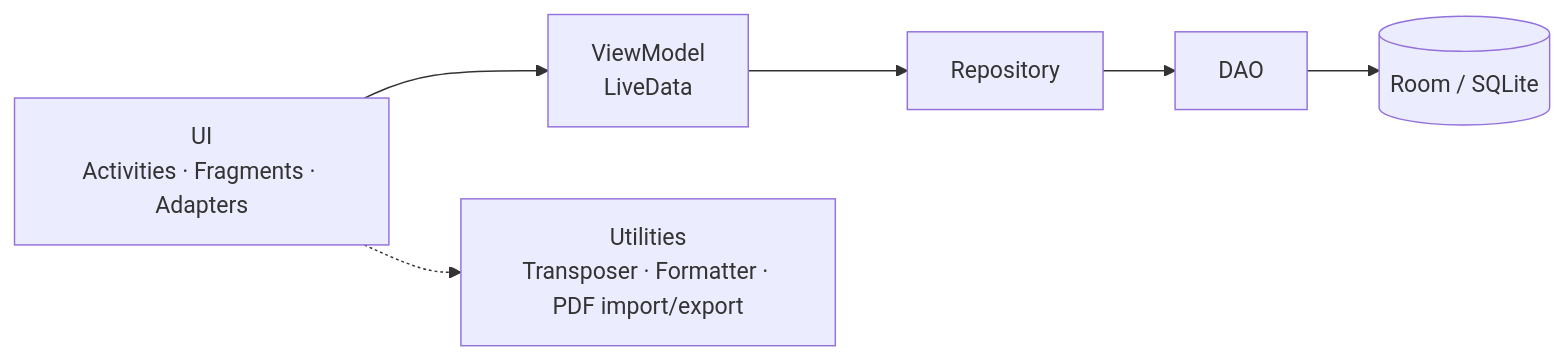
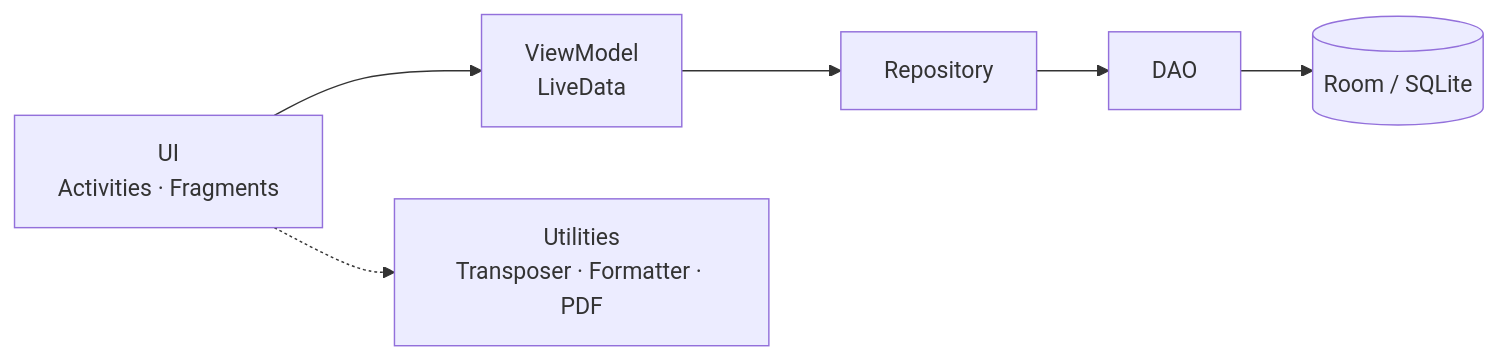
The first of 2 diagrams in README.md (GhostFranccczx/COGChords_Android), drawn with Mermaid before and after one commit. The commit also changed other lines of this file, not shown here.

````diff
--- a/README.md
+++ b/README.md
@@ -272,8 +264,8 @@
 ```mermaid
 flowchart LR
-    A["UI<br/>Activities · Fragments · Adapters"] --> B["ViewModel<br/>LiveData"]
+    A["UI<br/>Activities · Fragments"] --> B["ViewModel<br/>LiveData"]
     B --> C["Repository"]
     C --> D["DAO"]
     D --> E[("Room / SQLite")]
-    A -.-> F["Utilities<br/>Transposer · Formatter · PDF import/export"]
+    A -.-> F["Utilities<br/>Transposer · Formatter · PDF"]
 ```
````
